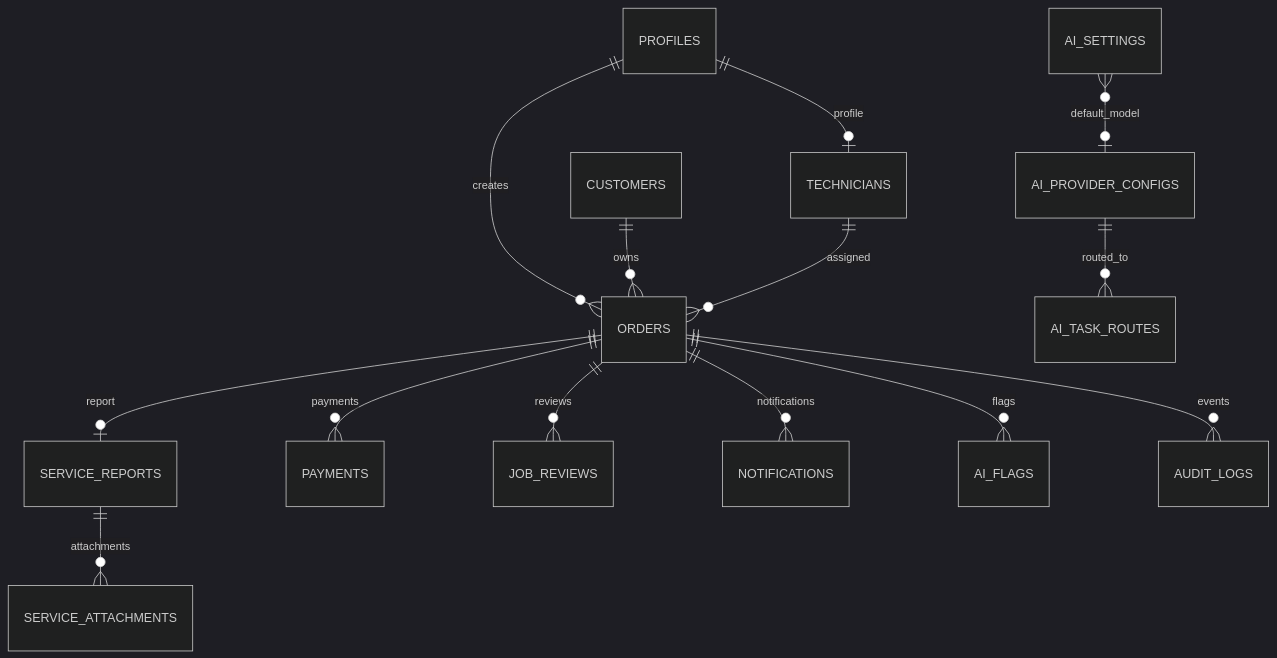
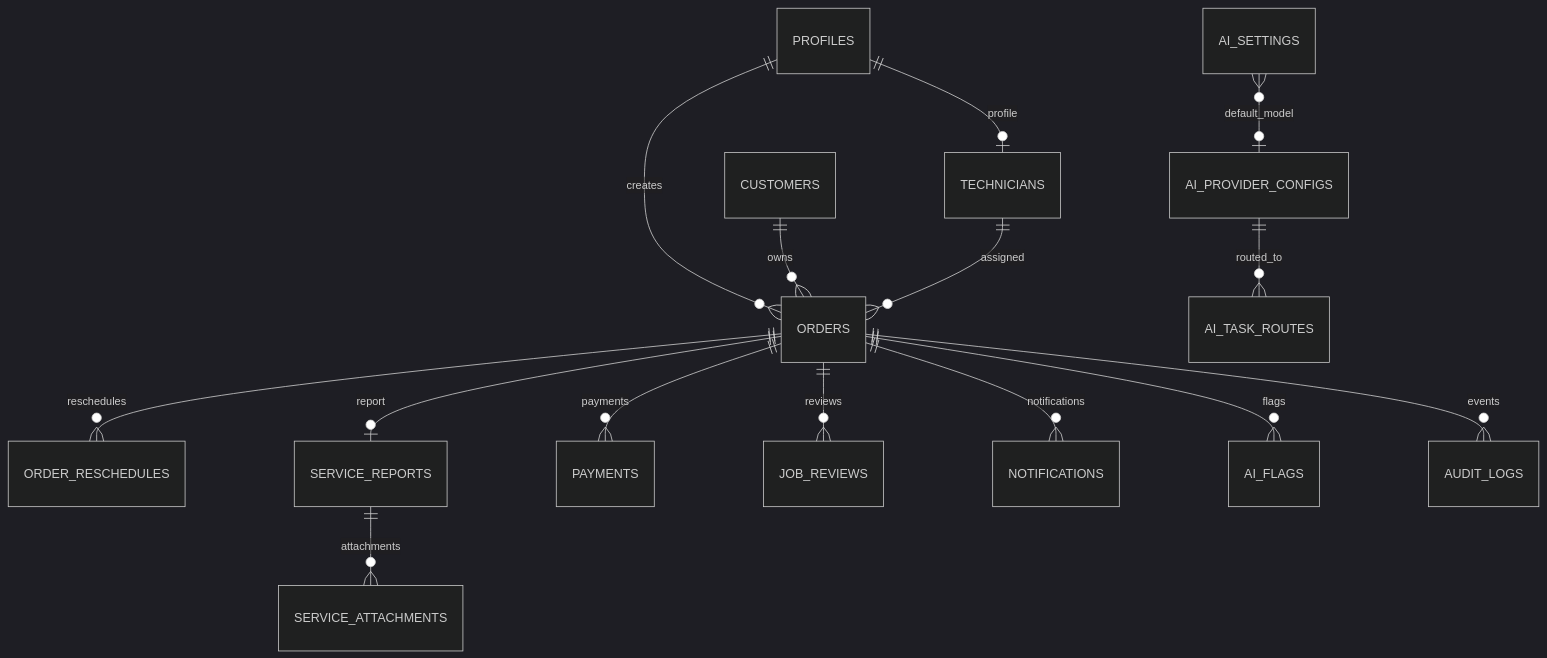
Diagram 16 of 17 in docs/SYSTEM_SPEC.md (wong001110/sejukops-assessment), drawn with Mermaid (dark theme) before and after one commit. The commit also changed other lines of this file, not shown here.

````diff
--- a/docs/SYSTEM_SPEC.md
+++ b/docs/SYSTEM_SPEC.md
@@ -849,16 +1212,17 @@
 ```mermaid
 erDiagram
     PROFILES ||--o| TECHNICIANS : profile
     PROFILES ||--o{ ORDERS : creates
     CUSTOMERS ||--o{ ORDERS : owns
     TECHNICIANS ||--o{ ORDERS : assigned
+    ORDERS ||--o{ ORDER_RESCHEDULES : reschedules
     ORDERS ||--o| SERVICE_REPORTS : report
     SERVICE_REPORTS ||--o{ SERVICE_ATTACHMENTS : attachments
     ORDERS ||--o{ PAYMENTS : payments
     ORDERS ||--o{ JOB_REVIEWS : reviews
     ORDERS ||--o{ NOTIFICATIONS : notifications
     ORDERS ||--o{ AI_FLAGS : flags
     ORDERS ||--o{ AUDIT_LOGS : events
     AI_SETTINGS }o--o| AI_PROVIDER_CONFIGS : default_model
     AI_PROVIDER_CONFIGS ||--o{ AI_TASK_ROUTES : routed_to
 ```
````
